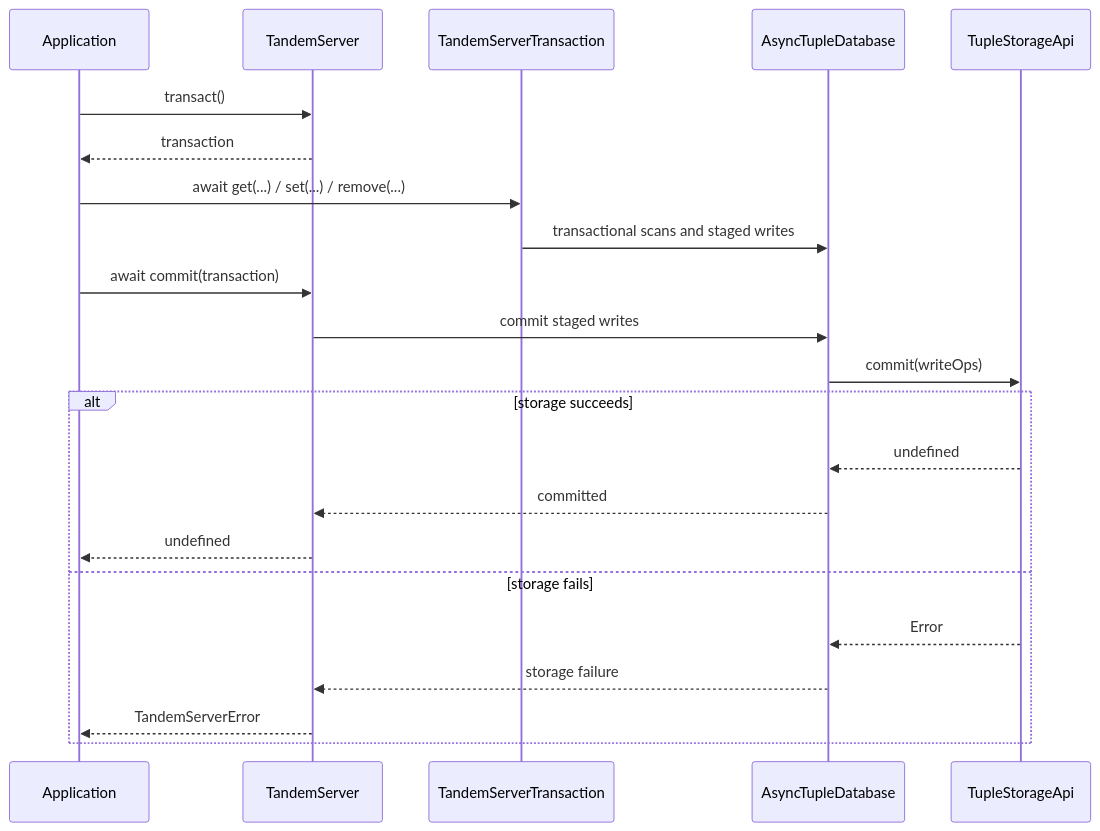
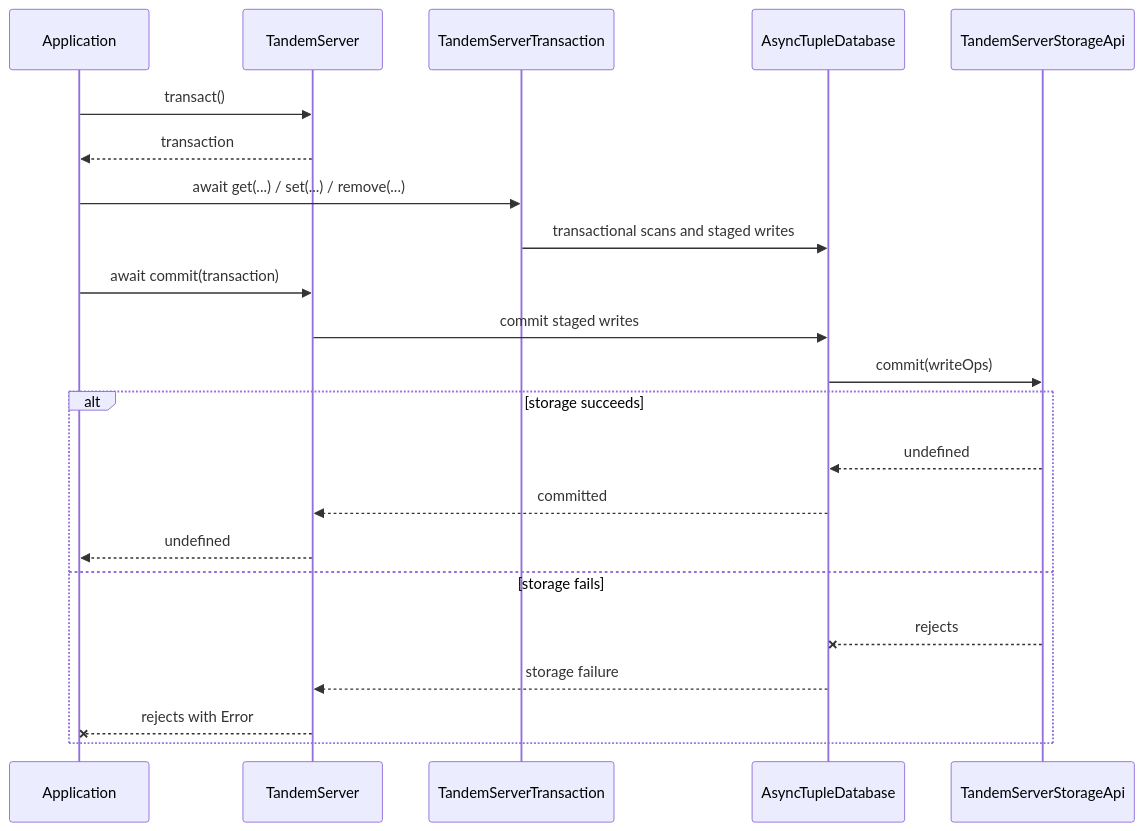
One commit to tanishqkancharla/tandem changed the third of 4 diagrams in specs/tandem-server-tuple-storage.md. Above: the diagram before and after it, drawn with Mermaid. The commit also changed other lines of this file and 36 other files, not shown here.

Commit message:
Implement typed TandemServer storage

````diff
--- a/specs/tandem-server-tuple-storage.md
+++ b/specs/tandem-server-tuple-storage.md
@@ -44,25 +44,25 @@
 ```mermaid
 sequenceDiagram
     participant A as Application
     participant S as TandemServer
     participant T as TandemServerTransaction
     participant D as AsyncTupleDatabase
-    participant P as TupleStorageApi
+    participant P as TandemServerStorageApi
 
     A->>S: transact()
     S-->>A: transaction
     A->>T: await get(...) / set(...) / remove(...)
     T->>D: transactional scans and staged writes
     A->>S: await commit(transaction)
     S->>D: commit staged writes
     D->>P: commit(writeOps)
     alt storage succeeds
         P-->>D: undefined
         D-->>S: committed
         S-->>A: undefined
     else storage fails
-        P-->>D: Error
+        P--xD: rejects
         D-->>S: storage failure
-        S-->>A: TandemServerError
+        S--xA: rejects with Error
     end
 ```
````
